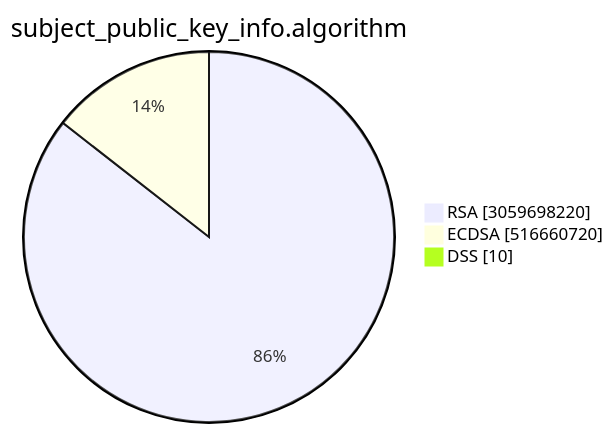
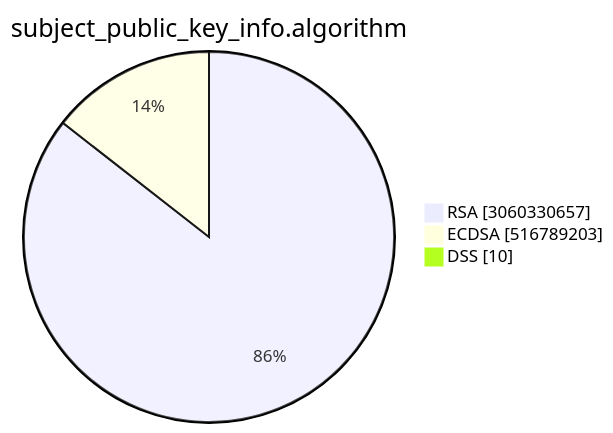
Before and after one commit to christiankrug/ctmonitor_visualization: the second of 15 diagrams in TOTAL/README.md, drawn with Mermaid. The commit also changed other lines of this file, not shown here.

````diff
--- a/TOTAL/README.md
+++ b/TOTAL/README.md
@@ -6,7 +6,7 @@
 ```mermaid
 pie showData
 title subject_public_key_info.algorithm
-"RSA" :3059698220
-"ECDSA" :516660720
+"RSA" :3060330657
+"ECDSA" :516789203
 "DSS" :10
 ```
````
